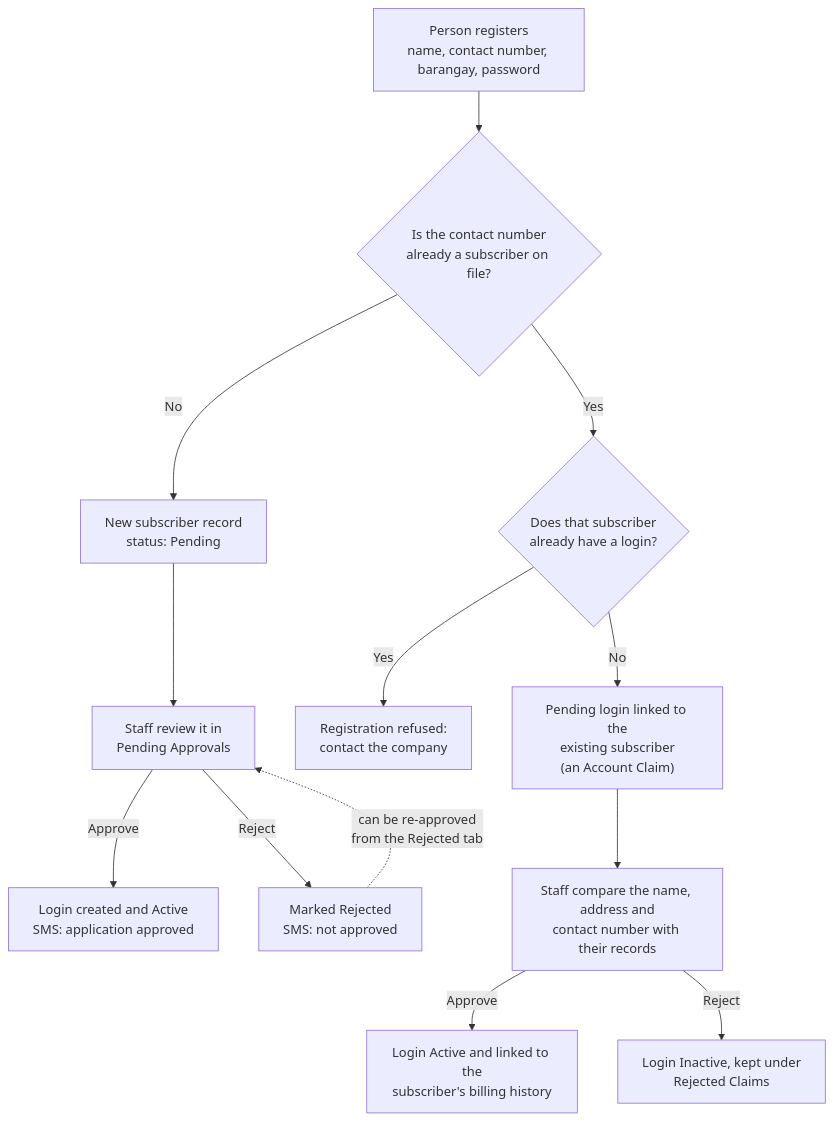
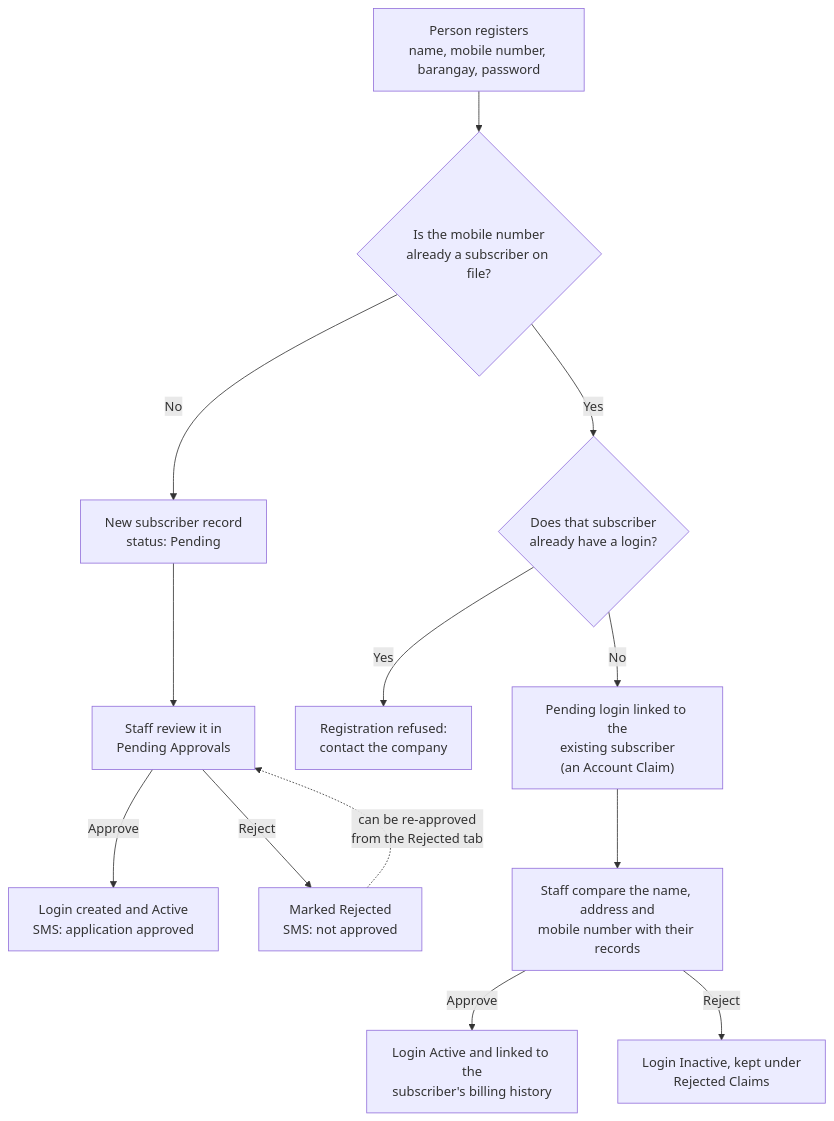
Before and after one commit to krulciferikaru/SWIFT: the first of 9 diagrams in docs/flowcharts.md, drawn with Mermaid. The commit also changed other lines of this file and 23 other files, not shown here.

````diff
--- a/docs/flowcharts.md
+++ b/docs/flowcharts.md
@@ -11,17 +11,17 @@
 ```mermaid
 flowchart TD
-  A["Person registers<br/>name, contact number, barangay, password"] --> B{"Is the contact number<br/>already a subscriber on file?"}
+  A["Person registers<br/>name, mobile number, barangay, password"] --> B{"Is the mobile number<br/>already a subscriber on file?"}
 
   B -- "No" --> C["New subscriber record<br/>status: Pending"]
   C --> D["Staff review it in<br/>Pending Approvals"]
   D -- "Approve" --> E["Login created and Active<br/>SMS: application approved"]
   D -- "Reject" --> F["Marked Rejected<br/>SMS: not approved"]
   F -. "can be re-approved<br/>from the Rejected tab" .-> D
 
   B -- "Yes" --> G{"Does that subscriber<br/>already have a login?"}
   G -- "Yes" --> H["Registration refused:<br/>contact the company"]
   G -- "No" --> I["Pending login linked to the<br/>existing subscriber<br/>(an Account Claim)"]
-  I --> J["Staff compare the name, address and<br/>contact number with their records"]
+  I --> J["Staff compare the name, address and<br/>mobile number with their records"]
   J -- "Approve" --> K["Login Active and linked to the<br/>subscriber's billing history"]
   J -- "Reject" --> L["Login Inactive, kept under<br/>Rejected Claims"]
 ```
````
